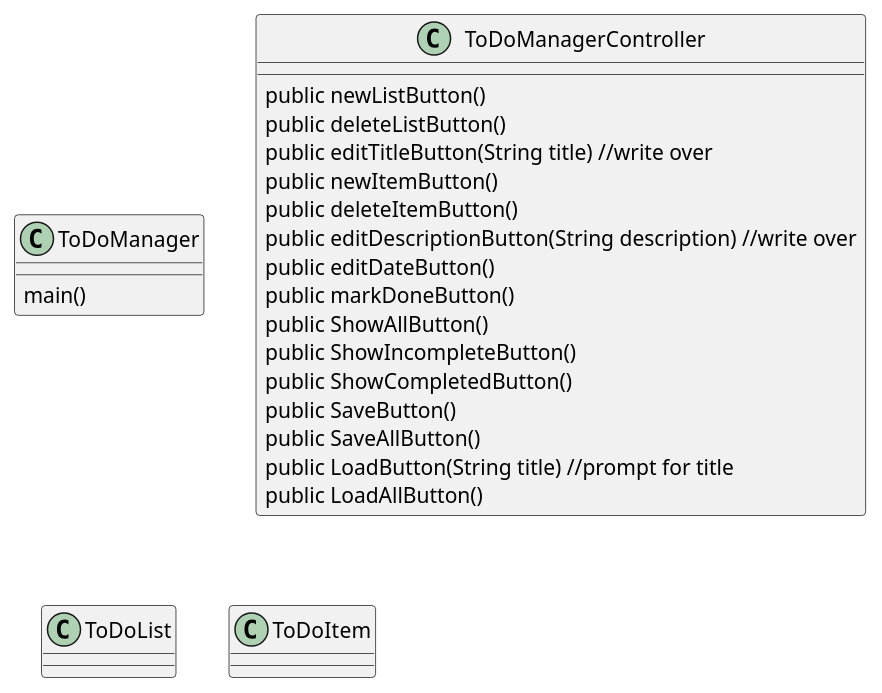
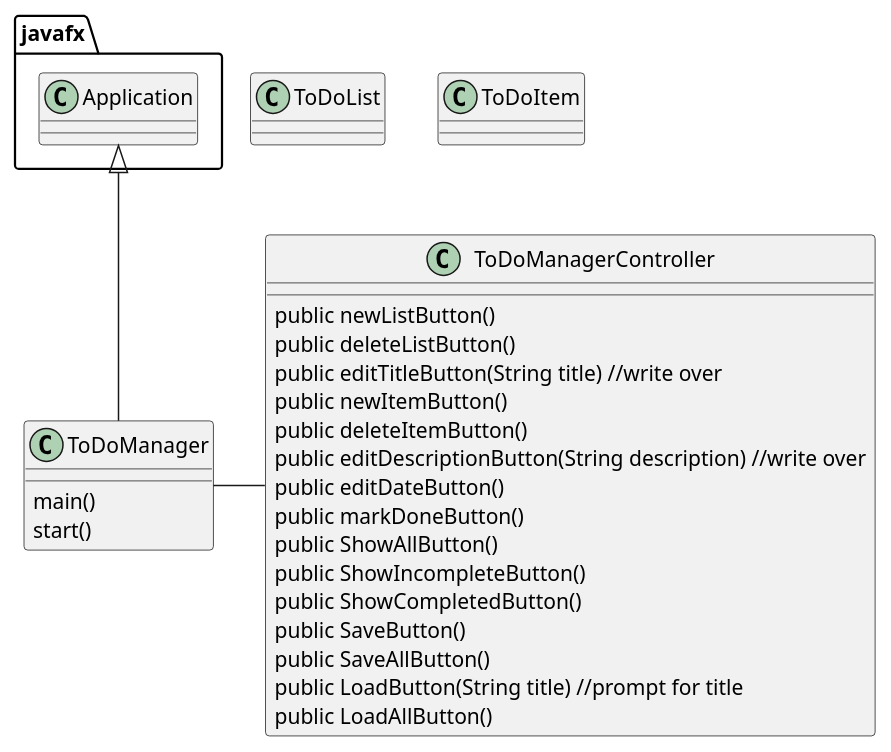
One commit to Chabs64/higgins-cop3330-assignment4 changed the diagram in UML/main.puml. Above: the diagram before and after it, drawn with PlantUML.

Commit message:
more setup...

```diff
--- a/UML/main.puml
+++ b/UML/main.puml
@@ -1,42 +1,45 @@
 @startuml
 'https://plantuml.com/sequence-diagram
 
 class ToDoManager
 {
     main()
+    start()
+}
 
-
-}
+javafx.Application <|-- ToDoManager
 
 class ToDoManagerController
 {
     public newListButton()
     public deleteListButton()
     public editTitleButton(String title) //write over
     public newItemButton()
     public deleteItemButton()
     public editDescriptionButton(String description) //write over
     public editDateButton()
     public markDoneButton()
     public ShowAllButton()
     public ShowIncompleteButton()
     public ShowCompletedButton()
     public SaveButton()
     public SaveAllButton()
     public LoadButton(String title) //prompt for title
     public LoadAllButton()
 }
 
+ToDoManager - ToDoManagerController
+
 class ToDoList
 {
 
 }
 
 class ToDoItem
 {
 
 }
 
 
 
 @enduml
```
